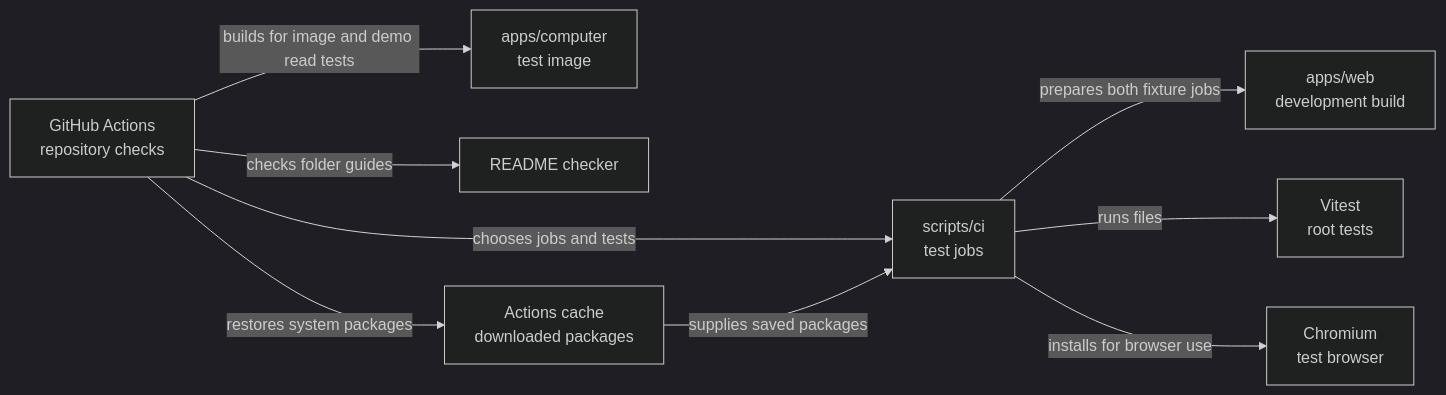
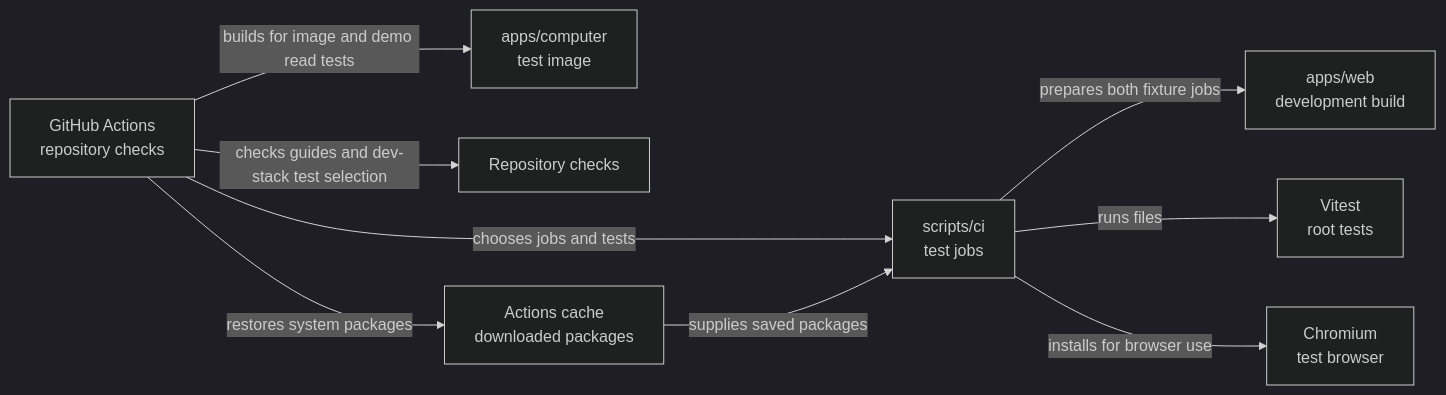
One commit to elewa-git/opencrane-new changed the diagram in scripts/ci/README.md. Above: the diagram before and after it, drawn with Mermaid (dark theme). The commit also changed other lines of this file and 4 other files, not shown here.

Commit message:
🔧 Run every dev-stack test in CI

````diff
--- a/scripts/ci/README.md
+++ b/scripts/ci/README.md
@@ -13,11 +13,11 @@
 ```mermaid
 flowchart LR
   actions["GitHub Actions<br/>repository checks"] -->|chooses jobs and tests| ci["scripts/ci<br/>test jobs"]
   ci -->|prepares both fixture jobs| web["apps/web<br/>development build"]
   ci -->|runs files| vitest["Vitest<br/>root tests"]
   actions -->|builds for image and demo read tests| computer["apps/computer<br/>test image"]
-  actions -->|checks folder guides| readmes["README checker"]
+  actions -->|checks guides and dev-stack test selection| guards["Repository checks"]
   ci -->|installs for browser use| chromium["Chromium<br/>test browser"]
   actions -->|restores system packages| cache["Actions cache<br/>downloaded packages"]
   cache -->|supplies saved packages| ci
 ```
````
